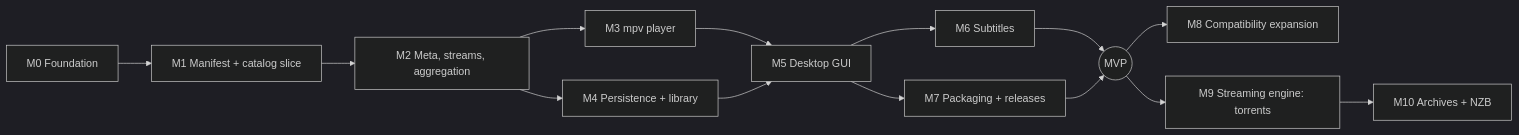
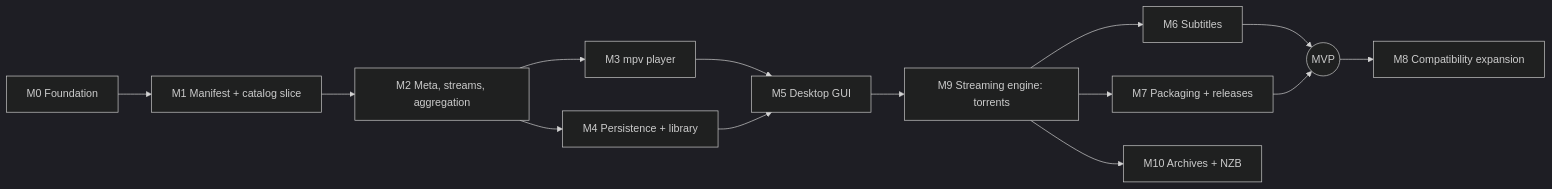
Before and after one commit to mdmrk/cineo: the diagram in docs/ROADMAP.md, drawn with Mermaid (dark theme). The commit also changed other lines of this file and 5 other files, not shown here.

````diff
--- a/docs/ROADMAP.md
+++ b/docs/ROADMAP.md
@@ -7,16 +7,16 @@
 ```mermaid
 flowchart LR
   M0[M0 Foundation] --> M1[M1 Manifest + catalog slice]
   M1 --> M2[M2 Meta, streams, aggregation]
   M2 --> M3[M3 mpv player]
   M2 --> M4[M4 Persistence + library]
   M3 --> M5[M5 Desktop GUI]
   M4 --> M5
-  M5 --> M6[M6 Subtitles]
-  M5 --> M7[M7 Packaging + releases]
+  M5 --> M9[M9 Streaming engine: torrents]
+  M9 --> M6[M6 Subtitles]
+  M9 --> M7[M7 Packaging + releases]
   M6 --> MVP((MVP))
   M7 --> MVP
   MVP --> M8[M8 Compatibility expansion]
-  MVP --> M9[M9 Streaming engine: torrents]
   M9 --> M10[M10 Archives + NZB]
 ```
````
